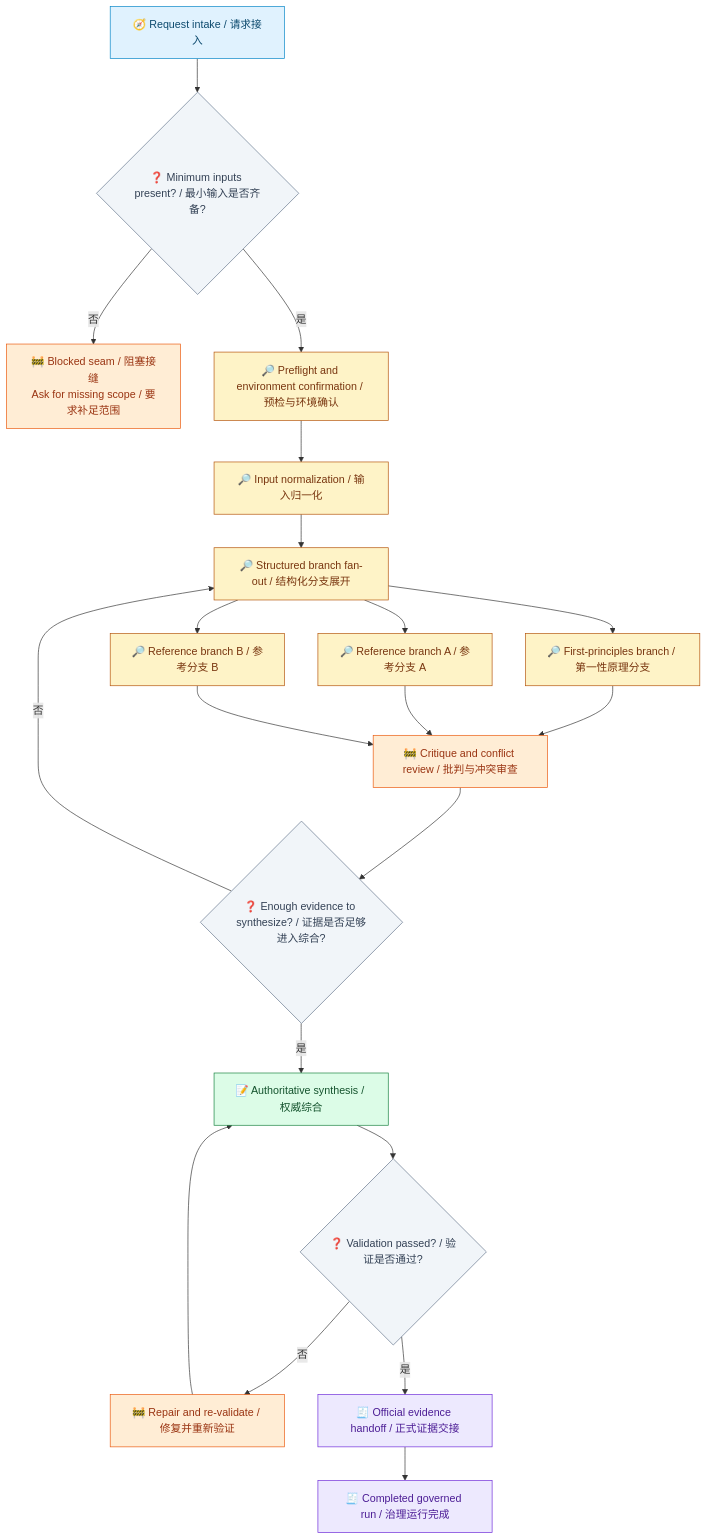
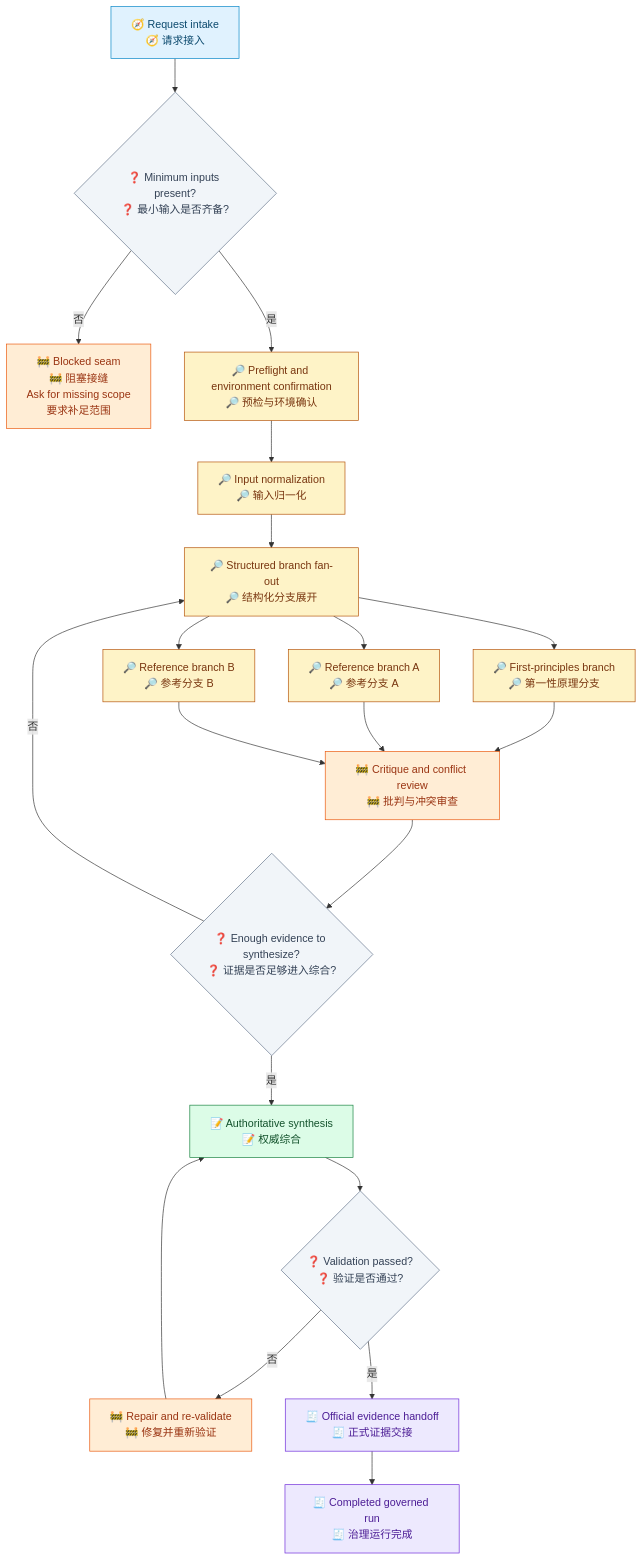
The first of 2 diagrams in docs/zh-cn/examples/so-enhanced-skill-run.md (waynebaby/Techne-Loom), drawn with Mermaid before and after one commit. The commit also changed 13 other files, not shown here.

````diff
--- a/docs/zh-cn/examples/so-enhanced-skill-run.md
+++ b/docs/zh-cn/examples/so-enhanced-skill-run.md
@@ -34,36 +34,36 @@
 ```mermaid
 flowchart TD
-    A[🧭 Request intake / 请求接入] --> B{❓ Minimum inputs present? / 最小输入是否齐备?}
-    B -- 否 --> B1[🚧 Blocked seam / 阻塞接缝\nAsk for missing scope / 要求补足范围]
-    B -- 是 --> C[🔎 Preflight and environment confirmation / 预检与环境确认]
-    C --> D[🔎 Input normalization / 输入归一化]
-    D --> E[🔎 Structured branch fan-out / 结构化分支展开]
-    E --> E1[🔎 First-principles branch / 第一性原理分支]
-    E --> E2[🔎 Reference branch A / 参考分支 A]
-    E --> E3[🔎 Reference branch B / 参考分支 B]
-    E1 --> F[🚧 Critique and conflict review / 批判与冲突审查]
+    A["🧭 Request intake<br/>🧭 请求接入"] --> B{"❓ Minimum inputs present?<br/>❓ 最小输入是否齐备?"}
+    B -- 否 --> B1["🚧 Blocked seam<br/>🚧 阻塞接缝<br/>Ask for missing scope<br/>要求补足范围"]
+    B -- 是 --> C["🔎 Preflight and environment confirmation<br/>🔎 预检与环境确认"]
+    C --> D["🔎 Input normalization<br/>🔎 输入归一化"]
+    D --> E["🔎 Structured branch fan-out<br/>🔎 结构化分支展开"]
+    E --> E1["🔎 First-principles branch<br/>🔎 第一性原理分支"]
+    E --> E2["🔎 Reference branch A<br/>🔎 参考分支 A"]
+    E --> E3["🔎 Reference branch B<br/>🔎 参考分支 B"]
+    E1 --> F["🚧 Critique and conflict review<br/>🚧 批判与冲突审查"]
     E2 --> F
     E3 --> F
-    F --> G{❓ Enough evidence to synthesize? / 证据是否足够进入综合?}
+    F --> G{"❓ Enough evidence to synthesize?<br/>❓ 证据是否足够进入综合?"}
     G -- 否 --> E
-    G -- 是 --> H[📝 Authoritative synthesis / 权威综合]
-    H --> I{❓ Validation passed? / 验证是否通过?}
-    I -- 否 --> J[🚧 Repair and re-validate / 修复并重新验证]
+    G -- 是 --> H["📝 Authoritative synthesis<br/>📝 权威综合"]
+    H --> I{"❓ Validation passed?<br/>❓ 验证是否通过?"}
+    I -- 否 --> J["🚧 Repair and re-validate<br/>🚧 修复并重新验证"]
     J --> H
-    I -- 是 --> K[🧾 Official evidence handoff / 正式证据交接]
-    K --> L[🧾 Completed governed run / 治理运行完成]
+    I -- 是 --> K["🧾 Official evidence handoff<br/>🧾 正式证据交接"]
+    K --> L["🧾 Completed governed run<br/>🧾 治理运行完成"]
 
     classDef intake fill:#E0F2FE,stroke:#0284C7,color:#0C4A6E;
     classDef branch fill:#FEF3C7,stroke:#B45309,color:#78350F;
     classDef review fill:#FFEDD5,stroke:#EA580C,color:#9A3412;
     classDef synth fill:#DCFCE7,stroke:#15803D,color:#14532D;
     classDef evidence fill:#EDE9FE,stroke:#6D28D9,color:#4C1D95;
     classDef decision fill:#F1F5F9,stroke:#64748B,color:#334155;
 
     class A intake;
     class C,D,E,E1,E2,E3 branch;
     class B1,F,J review;
     class H synth;
     class K,L evidence;
     class B,G,I decision;
 ```
````
